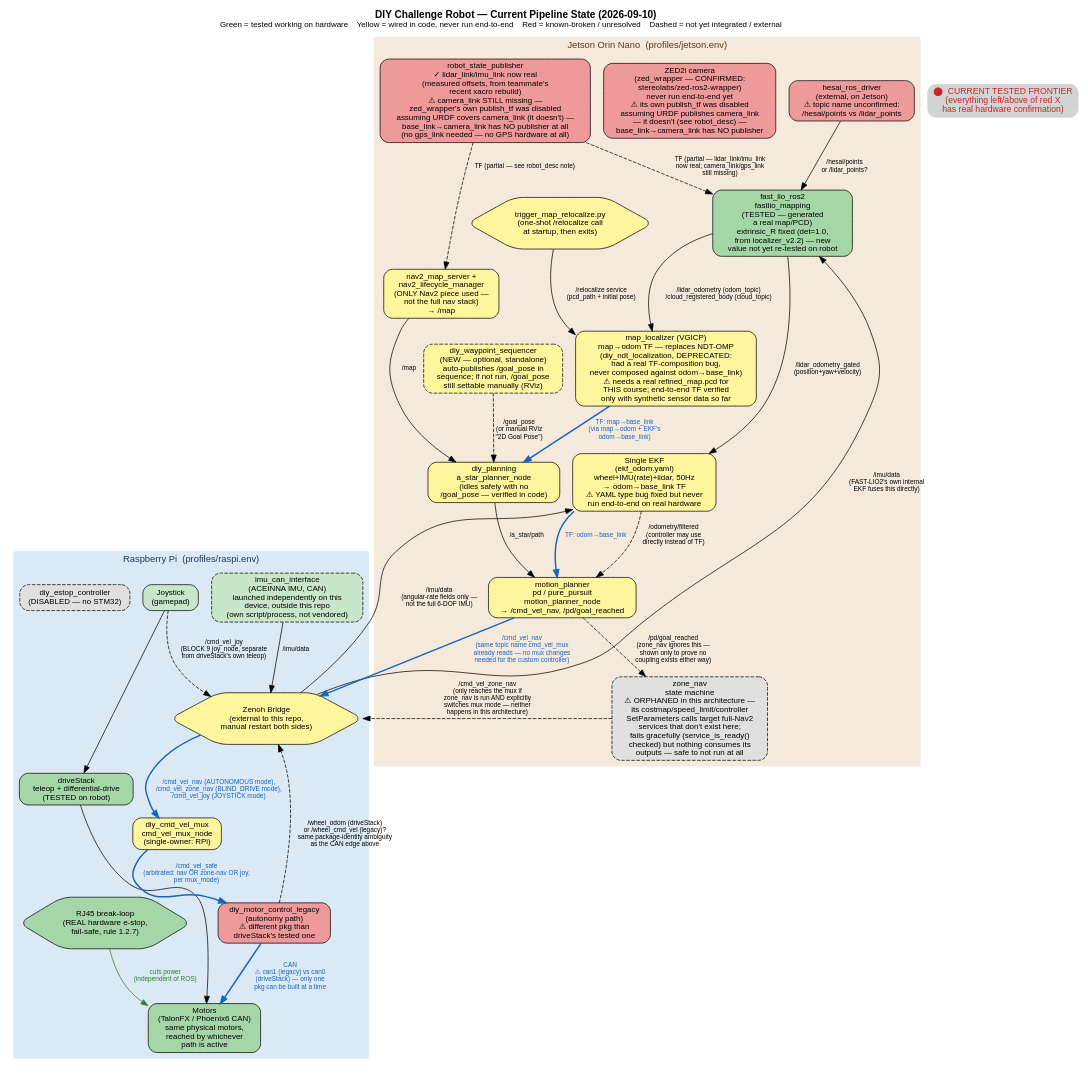
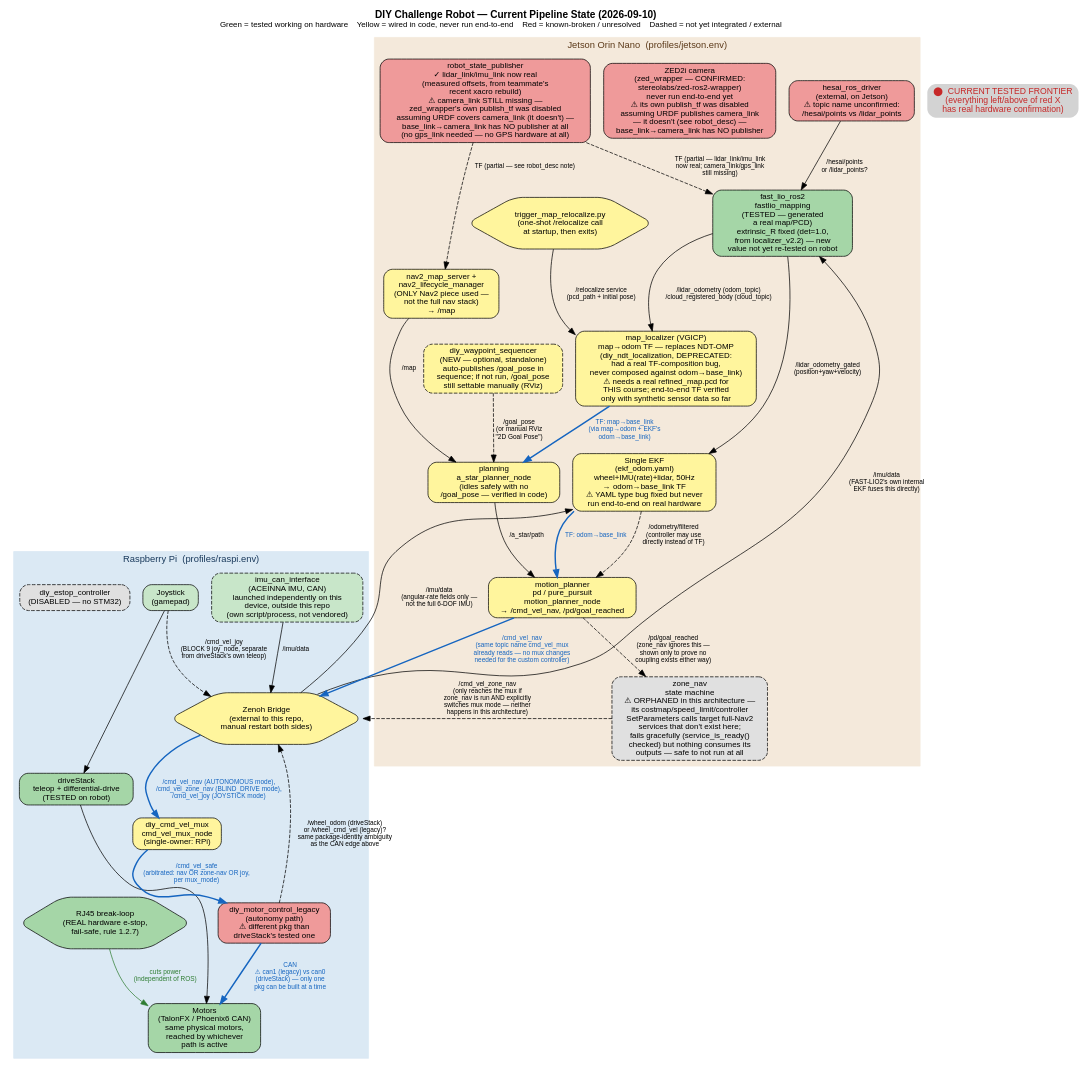
The diagram in docs/pipeline_diagram.dot (Betsybots/DIY-Challenge-Repo), drawn with Graphviz before and after one commit. The commit also changed 19 other files, not shown here.

Commit message:
folder rename from diy_planning to planning

```diff
--- a/docs/pipeline_diagram.dot
+++ b/docs/pipeline_diagram.dot
@@ -1,85 +1,85 @@
 digraph DIY_Challenge_Pipeline {
   rankdir=TB;
   fontname="Helvetica";
   labelloc="t";
   label=<<b>DIY Challenge Robot — Current Pipeline State (2026-09-10)</b><br/><font point-size="11">Green = tested working on hardware &#160;&#160; Yellow = wired in code, never run end-to-end &#160;&#160; Red = known-broken / unresolved &#160;&#160; Dashed = not yet integrated / external</font>>;
   node [fontname="Helvetica" fontsize=11 shape=box style="rounded,filled"];
   edge [fontname="Helvetica" fontsize=9];
 
   // ===================== RASPBERRY PI =====================
   subgraph cluster_raspi {
     label="Raspberry Pi  (profiles/raspi.env)";
     style=filled; color="#dbe9f4"; fontsize=13; fontcolor="#1a3a5c";
 
     joy       [label="Joystick\n(gamepad)"      fillcolor="#c8e6c9"];
     driveStackTeleop [label="driveStack\nteleop + differential-drive\n(TESTED on robot)" fillcolor="#a5d6a7"];
     motors_manual [label="Motors\n(TalonFX / Phoenix6 CAN)\nsame physical motors,\nreached by whichever\npath is active" fillcolor="#a5d6a7"];
 
     imu_can   [label="imu_can_interface\n(ACEINNA IMU, CAN)\nlaunched independently on this\ndevice, outside this repo\n(own script/process, not vendored)" fillcolor="#c8e6c9" style="rounded,filled,dashed"];
 
     cmd_vel_mux [label="diy_cmd_vel_mux\ncmd_vel_mux_node\n(single-owner: RPi)" fillcolor="#fff59d"];
     motor_auto  [label="diy_motor_control_legacy\n(autonomy path)\n⚠ different pkg than\ndriveStack's tested one" fillcolor="#ef9a9a"];
     estop_ctrl  [label="diy_estop_controller\n(DISABLED — no STM32)" fillcolor="#e0e0e0" style="rounded,filled,dashed"];
     rjbreak     [label="RJ45 break-loop\n(REAL hardware e-stop,\nfail-safe, rule 1.2.7)" shape=hexagon fillcolor="#a5d6a7"];
 
     joy -> driveStackTeleop -> motors_manual;
     rjbreak -> motors_manual [label="cuts power\n(independent of ROS)" color="#2e7d32" fontcolor="#2e7d32"];
 
     cmd_vel_mux -> motor_auto [label="/cmd_vel_safe\n(arbitrated: nav OR zone-nav OR joy,\nper mux_mode)" color="#1565c0" fontcolor="#1565c0" penwidth=2];
     motor_auto -> motors_manual [label="CAN\n⚠ can1 (legacy) vs can0\n(driveStack) — only one\npkg can be built at a time"
                                   color="#1565c0" fontcolor="#1565c0" penwidth=2];
     motor_auto -> zenoh [label="/wheel_odom (driveStack)\nor /wheel_cmd_vel (legacy)?\nsame package-identity ambiguity\nas the CAN edge above" style=dashed];
   }
 
   // ===================== JETSON =====================
   subgraph cluster_jetson {
     label="Jetson Orin Nano  (profiles/jetson.env)";
     style=filled; color="#f4e9db"; fontsize=13; fontcolor="#5c3a1a";
 
     hesai   [label="hesai_ros_driver\n(external, on Jetson)\n⚠ topic name unconfirmed:\n/hesai/points vs /lidar_points" fillcolor="#ef9a9a"];
     zed     [label="ZED2i camera\n(zed_wrapper — CONFIRMED:\nstereolabs/zed-ros2-wrapper)\nnever run end-to-end yet\n⚠ its own publish_tf was disabled\nassuming URDF publishes camera_link\n— it doesn't (see robot_desc) —\nbase_link→camera_link has NO publisher" fillcolor="#ef9a9a"];
 
     fastlio [label="fast_lio_ros2\nfastlio_mapping\n(TESTED — generated\na real map/PCD)\nextrinsic_R fixed (det=1.0,\nfrom localizer_v2.2) — new\nvalue not yet re-tested on robot" fillcolor="#a5d6a7"];
     ekf     [label="Single EKF\n(ekf_odom.yaml)\nwheel+IMU(rate)+lidar, 50Hz\n→ odom→base_link TF\n⚠ YAML type bug fixed but never\nrun end-to-end on real hardware" fillcolor="#fff59d"];
     maplocalizer [label="map_localizer (VGICP)\nmap→odom TF — replaces NDT-OMP\n(diy_ndt_localization, DEPRECATED:\nhad a real TF-composition bug,\nnever composed against odom→base_link)\n⚠ needs a real refined_map.pcd for\nTHIS course; end-to-end TF verified\nonly with synthetic sensor data so far" fillcolor="#fff59d"];
     reloc_trigger [label="trigger_map_relocalize.py\n(one-shot /relocalize call\nat startup, then exits)" shape=hexagon fillcolor="#fff59d"];
 
     map_server [label="nav2_map_server +\nnav2_lifecycle_manager\n(ONLY Nav2 piece used —\nnot the full nav stack)\n→ /map" fillcolor="#fff59d"];
-    a_star     [label="diy_planning\na_star_planner_node\n(idles safely with no\n/goal_pose — verified in code)" fillcolor="#fff59d"];
+    a_star     [label="planning\na_star_planner_node\n(idles safely with no\n/goal_pose — verified in code)" fillcolor="#fff59d"];
     pd_ctrl    [label="motion_planner\npd / pure_pursuit\nmotion_planner_node\n→ /cmd_vel_nav, /pd/goal_reached" fillcolor="#fff59d"];
     wp_seq     [label="diy_waypoint_sequencer\n(NEW — optional, standalone)\nauto-publishes /goal_pose in\nsequence; if not run, /goal_pose\nstill settable manually (RViz)" fillcolor="#fff59d" style="rounded,filled,dashed"];
 
     zonenav [label="zone_nav\nstate machine\n⚠ ORPHANED in this architecture —\nits costmap/speed_limit/controller\nSetParameters calls target full-Nav2\nservices that don't exist here;\nfails gracefully (service_is_ready()\nchecked) but nothing consumes its\noutputs — safe to not run at all" fillcolor="#e0e0e0" style="rounded,filled,dashed"];
 
     robot_desc [label="robot_state_publisher\n✓ lidar_link/imu_link now real\n(measured offsets, from teammate's\nrecent xacro rebuild)\n⚠ camera_link STILL missing —\nzed_wrapper's own publish_tf was disabled\nassuming URDF covers camera_link (it doesn't) —\nbase_link→camera_link has NO publisher at all\n(no gps_link needed — no GPS hardware at all)" fillcolor="#ef9a9a"];
 
     hesai -> fastlio [label="/hesai/points\nor /lidar_points?"];
     fastlio -> ekf [label="/lidar_odometry_gated\n(position+yaw+velocity)"];
     fastlio -> maplocalizer [label="/lidar_odometry (odom_topic)\n/cloud_registered_body (cloud_topic)"];
     reloc_trigger -> maplocalizer [label="/relocalize service\n(pcd_path + initial pose)"];
 
     map_server -> a_star [label="/map"];
     maplocalizer -> a_star [label="TF: map→base_link\n(via map→odom + EKF's\nodom→base_link)" color="#1565c0" fontcolor="#1565c0" penwidth=2];
     wp_seq -> a_star [label="/goal_pose\n(or manual RViz\n\"2D Goal Pose\")" style=dashed];
     a_star -> pd_ctrl [label="/a_star/path"];
     ekf -> pd_ctrl [label="TF: odom→base_link" color="#1565c0" fontcolor="#1565c0" penwidth=2];
     ekf -> pd_ctrl [label="/odometry/filtered\n(controller may use\ndirectly instead of TF)" style=dashed];
     pd_ctrl -> zonenav [style=dashed label="/pd/goal_reached\n(zone_nav ignores this —\nshown only to prove no\ncoupling exists either way)"];
     robot_desc -> fastlio [style=dashed label="TF (partial — lidar_link/imu_link\nnow real; camera_link/gps_link\nstill missing)"];
     robot_desc -> map_server [style=dashed label="TF (partial — see robot_desc note)"];
   }
 
   // ===================== CROSS-MACHINE =====================
   zenoh [label="Zenoh Bridge\n(external to this repo,\nmanual restart both sides)" shape=hexagon fillcolor="#fff59d"];
 
   imu_can -> zenoh [label="/imu/data"];
   zenoh -> fastlio [label="/imu/data\n(FAST-LIO2's own internal\nEKF fuses this directly)"];
   zenoh -> ekf [label="/imu/data\n(angular-rate fields only —\nnot the full 6-DOF IMU)"];
   pd_ctrl -> zenoh [label="/cmd_vel_nav\n(same topic name cmd_vel_mux\nalready reads — no mux changes\nneeded for the custom controller)" color="#1565c0" fontcolor="#1565c0" penwidth=2];
   zonenav -> zenoh [style=dashed label="/cmd_vel_zone_nav\n(only reaches the mux if\nzone_nav is run AND explicitly\nswitches mux mode — neither\nhappens in this architecture)"];
   joy -> zenoh [style=dashed label="/cmd_vel_joy\n(BLOCK 9 joy_node, separate\nfrom driveStack's own teleop)"];
   zenoh -> cmd_vel_mux [label="/cmd_vel_nav (AUTONOMOUS mode),\n/cmd_vel_zone_nav (BLIND_DRIVE mode),\n/cmd_vel_joy (JOYSTICK mode)" color="#1565c0" fontcolor="#1565c0" penwidth=2];
 
   // ===================== FRONTIER MARKER =====================
   frontier [label="⬤  CURRENT TESTED FRONTIER\n(everything left/above of red X\nhas real hardware confirmation)" shape=plaintext fontcolor="#c62828" fontsize=12];
 }
```
